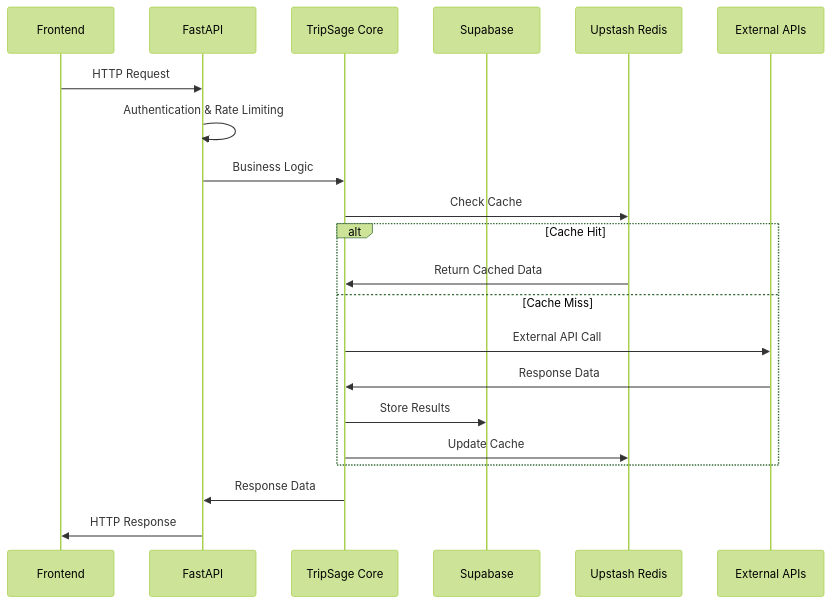
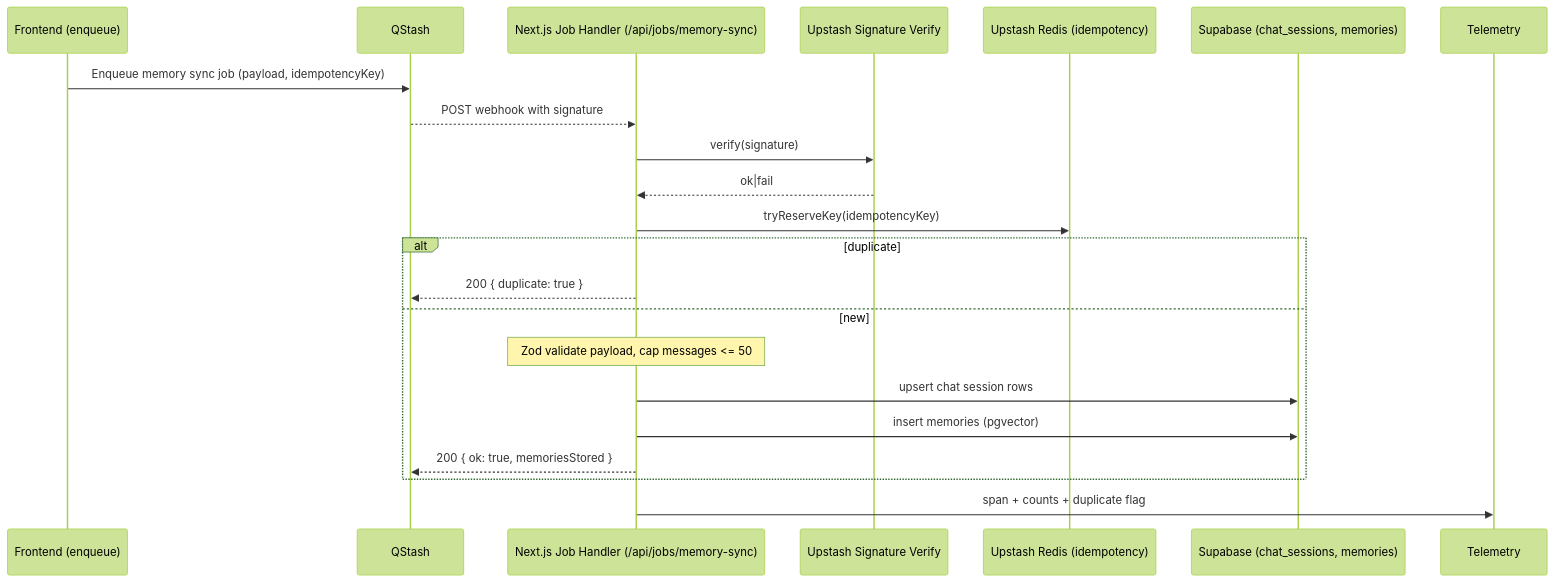
One commit to BjornMelin/tripsage-ai changed the third of 3 diagrams in docs/architecture/system-overview.md. Above: the diagram before and after it, drawn with Mermaid (forest theme). The commit also changed other lines of this file and 4 other files, not shown here.

First line of the commit message:
refactor: update data architecture documentation for clarity and focus

````diff
--- a/docs/architecture/system-overview.md
+++ b/docs/architecture/system-overview.md
@@ -163,26 +115,25 @@
 ```mermaid
 sequenceDiagram
-    participant FE as Frontend
-    participant API as FastAPI
-    participant Core as TripSage Core
-    participant DB as Supabase
-    participant Cache as Upstash Redis
-    participant Ext as External APIs
+    participant FE as Frontend (enqueue)
+    participant QS as QStash
+    participant RH as Next.js Job Handler (/api/jobs/memory-sync)
+    participant SIG as Upstash Signature Verify
+    participant REDIS as Upstash Redis (idempotency)
+    participant DB as Supabase (chat_sessions, memories)
+    participant OBS as Telemetry
 
-    FE->>API: HTTP Request
-    API->>API: Authentication & Rate Limiting
-    API->>Core: Business Logic
-    Core->>Cache: Check Cache
-
-    alt Cache Hit
-        Cache->>Core: Return Cached Data
-    else Cache Miss
-        Core->>Ext: External API Call
-        Ext->>Core: Response Data
-        Core->>DB: Store Results
-        Core->>Cache: Update Cache
+    FE->>QS: Enqueue memory sync job (payload, idempotencyKey)
+    QS-->>RH: POST webhook with signature
+    RH->>SIG: verify(signature)
+    SIG-->>RH: ok|fail
+    RH->>REDIS: tryReserveKey(idempotencyKey)
+    alt duplicate
+        RH-->>QS: 200 { duplicate: true }
+    else new
+        note over RH: Zod validate payload, cap messages <= 50
+        RH->>DB: upsert chat session rows
+        RH->>DB: insert memories (pgvector)
+        RH-->>QS: 200 { ok: true, memoriesStored }
     end
-
-    Core->>API: Response Data
-    API->>FE: HTTP Response
+    RH->>OBS: span + counts + duplicate flag
 ```
````
